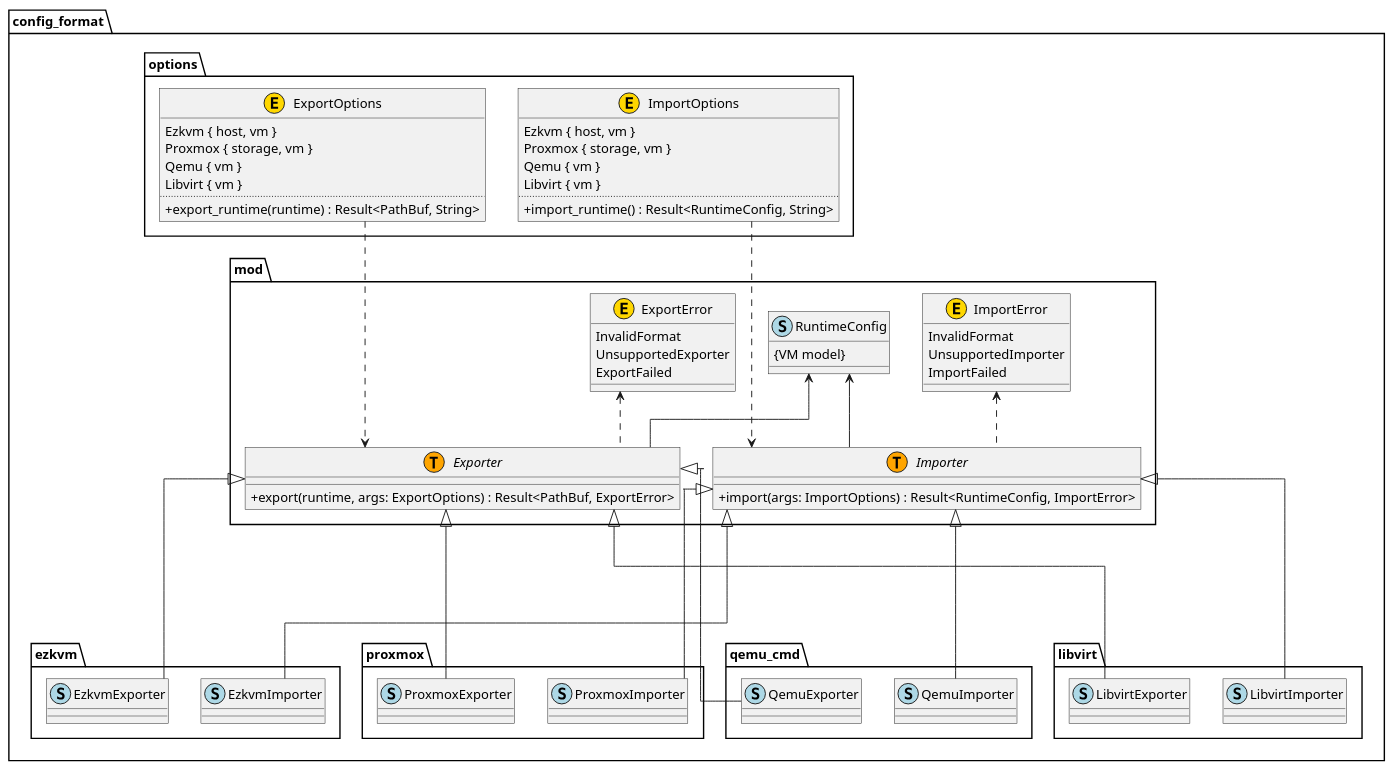
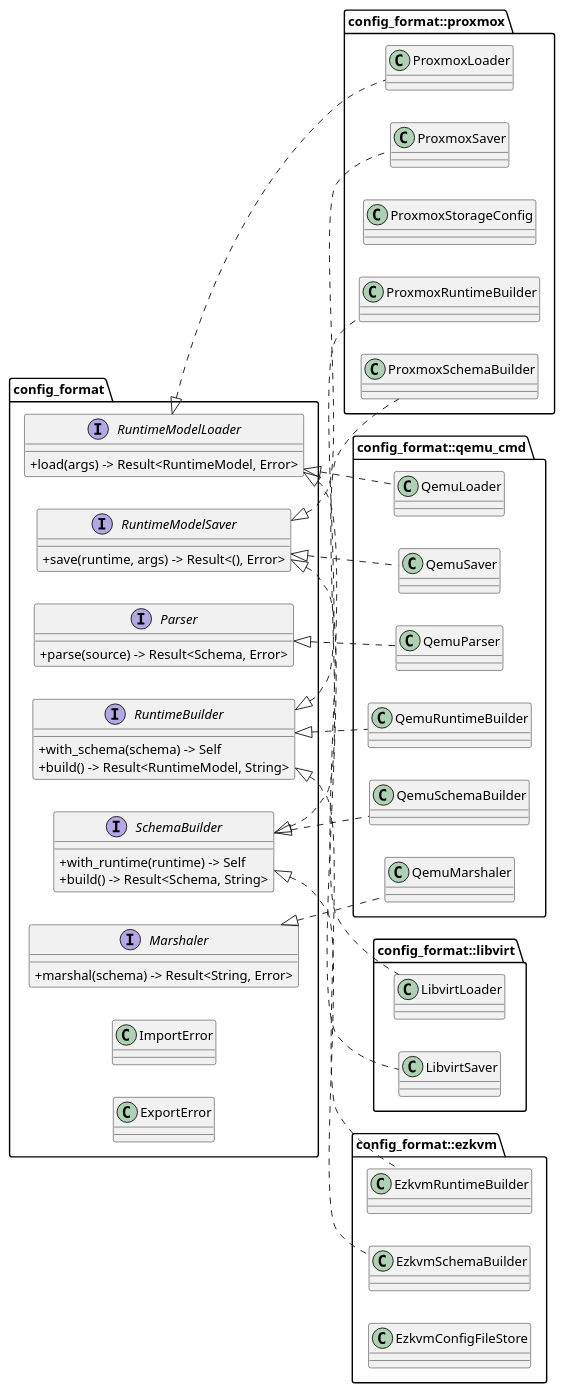
Before and after one commit to hurenkam/ezkvm: the first of 2 diagrams in src/config_format/README.md, drawn with PlantUML. The commit also changed other lines of this file and 31 other files, not shown here.

Commit message:
cleanup config_format

````diff
--- a/src/config_format/README.md
+++ b/src/config_format/README.md
@@ -75,91 +87,78 @@
 ```plantuml
-@startuml Config Format Module – Class Diagram
-
-skinparam linetype ortho
-skinparam shadowing false
+@startuml
+left to right direction
 skinparam classAttributeIconSize 0
-skinparam roundcorner 0
 
 package "config_format" {
-  package "mod" {
-    interface Importer << (T,#FFA500) >> {
-      + import(args: ImportOptions) : Result<RuntimeConfig, ImportError>
-    }
-    interface Exporter << (T,#FFA500) >> {
-      + export(runtime, args: ExportOptions) : Result<PathBuf, ExportError>
-    }
-    struct RuntimeConfig << (S,#ADD8E6) >> {
-      {VM model}
-    }
-    struct ImportError << (E,#FFD700) >> {
-      InvalidFormat
-      UnsupportedImporter
-      ImportFailed
-    }
-    struct ExportError << (E,#FFD700) >> {
-      InvalidFormat
-      UnsupportedExporter
-      ExportFailed
-    }
+  interface RuntimeModelLoader {
+    + load(args) -> Result<RuntimeModel, Error>
+  }
+  interface RuntimeModelSaver {
+    + save(runtime, args) -> Result<(), Error>
+  }
+  interface Parser {
+    + parse(source) -> Result<Schema, Error>
+  }
+  interface RuntimeBuilder {
+    + with_schema(schema) -> Self
+    + build() -> Result<RuntimeModel, String>
+  }
+  interface SchemaBuilder {
+    + with_runtime(runtime) -> Self
+    + build() -> Result<Schema, String>
+  }
+  interface Marshaler {
+    + marshal(schema) -> Result<String, Error>
   }
 
-  package "options" {
-    enum ImportOptions << (E,#FFD700) >> {
-      Ezkvm { host, vm }
-      Proxmox { storage, vm }
-      Qemu { vm }
-      Libvirt { vm }
-      ..
-      + import_runtime() : Result<RuntimeConfig, String>
-    }
-    enum ExportOptions << (E,#FFD700) >> {
-      Ezkvm { host, vm }
-      Proxmox { storage, vm }
-      Qemu { vm }
-      Libvirt { vm }
-      ..
-      + export_runtime(runtime) : Result<PathBuf, String>
-    }
-  }
-
-  package "ezkvm" {
-    struct EzkvmImporter << (S,#ADD8E6) >>
-    struct EzkvmExporter << (S,#ADD8E6) >>
-  }
-
-  package "proxmox" {
-    struct ProxmoxImporter << (S,#ADD8E6) >>
-    struct ProxmoxExporter << (S,#ADD8E6) >>
-  }
-
-  package "qemu_cmd" {
-    struct QemuImporter << (S,#ADD8E6) >>
-    struct QemuExporter << (S,#ADD8E6) >>
-  }
-
-  package "libvirt" {
-    struct LibvirtImporter << (S,#ADD8E6) >>
-    struct LibvirtExporter << (S,#ADD8E6) >>
-  }
+  class ImportError
+  class ExportError
 }
 
-Importer <|---- EzkvmImporter
-Exporter <|---- EzkvmExporter
-Importer <|---- ProxmoxImporter
-Exporter <|---- ProxmoxExporter
-Importer <|---- QemuImporter
-Exporter <|---- QemuExporter
-Importer <|---- LibvirtImporter
-Exporter <|---- LibvirtExporter
+package "config_format::ezkvm" {
+  class EzkvmRuntimeBuilder
+  class EzkvmSchemaBuilder
+  class EzkvmConfigFileStore
+}
 
-ImportOptions ...> Importer
-ExportOptions ...> Exporter
-RuntimeConfig <-- Importer
-RuntimeConfig <-- Exporter
-ImportError <.. Importer
-ExportError <.. Exporter
+package "config_format::proxmox" {
+  class ProxmoxRuntimeBuilder
+  class ProxmoxSchemaBuilder
+  class ProxmoxStorageConfig
+  class ProxmoxLoader
+  class ProxmoxSaver
+}
 
+package "config_format::qemu_cmd" {
+  class QemuParser
+  class QemuRuntimeBuilder
+  class QemuSchemaBuilder
+  class QemuMarshaler
+  class QemuLoader
+  class QemuSaver
+}
 
+package "config_format::libvirt" {
+  class LibvirtLoader
+  class LibvirtSaver
+}
 
+RuntimeBuilder <|.. EzkvmRuntimeBuilder
+SchemaBuilder <|.. EzkvmSchemaBuilder
+
+RuntimeBuilder <|.. ProxmoxRuntimeBuilder
+SchemaBuilder <|.. ProxmoxSchemaBuilder
+RuntimeModelLoader <|.. ProxmoxLoader
+RuntimeModelSaver <|.. ProxmoxSaver
+
+Parser <|.. QemuParser
+RuntimeBuilder <|.. QemuRuntimeBuilder
+SchemaBuilder <|.. QemuSchemaBuilder
+Marshaler <|.. QemuMarshaler
+RuntimeModelLoader <|.. QemuLoader
+RuntimeModelSaver <|.. QemuSaver
+
+RuntimeModelLoader <|.. LibvirtLoader
+RuntimeModelSaver <|.. LibvirtSaver
 @enduml
 ```
````
